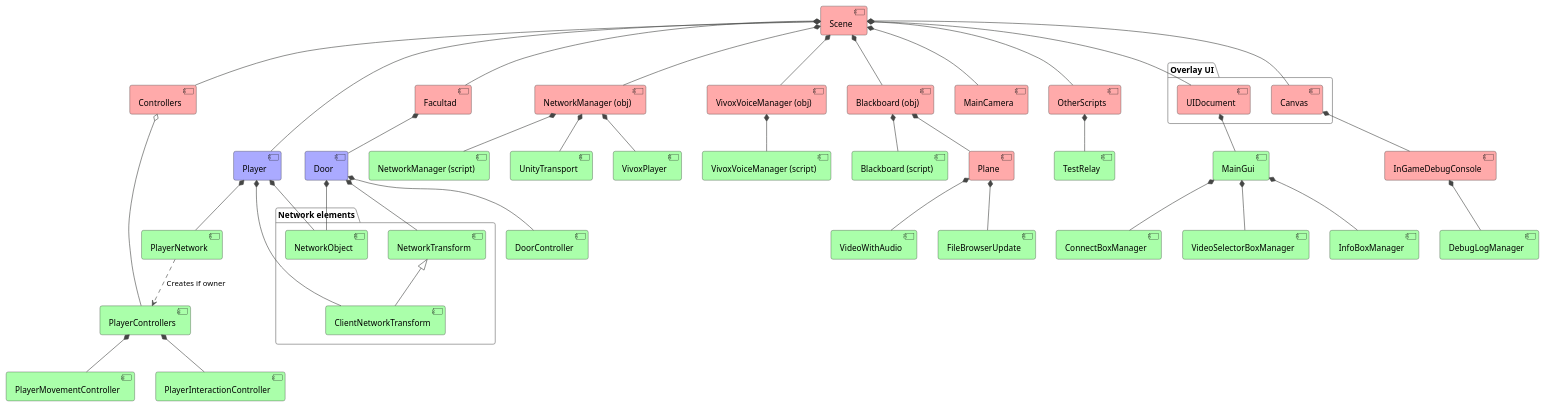
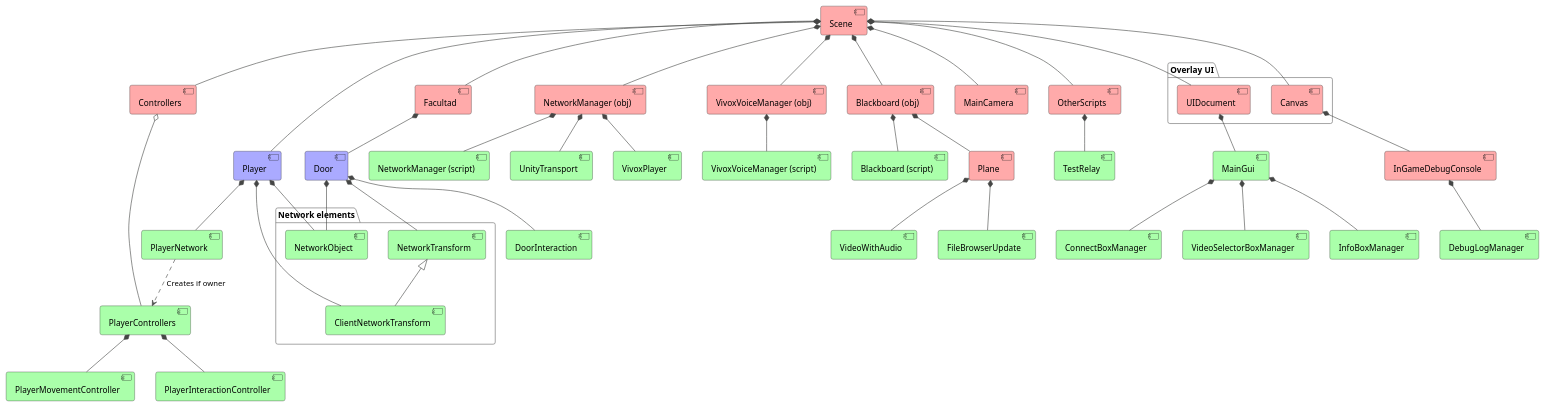
The diagram in TFG-new-project/Documentation/PlantUmlDiagrams/componentDiagram.puml (AlexDeAguiar/TFG-new-repo), drawn with PlantUML before and after one commit. The commit also changed 6 other files, not shown here.

Commit message:
Update diagrams

```diff
--- a/TFG-new-project/Documentation/PlantUmlDiagrams/componentDiagram.puml
+++ b/TFG-new-project/Documentation/PlantUmlDiagrams/componentDiagram.puml
@@ -1,114 +1,114 @@
 @startuml
 !theme vibrant
 
 component Scene #FFAAAA
 component Player #AAAAFF
 component NetworkManagerObject as "NetworkManager (obj)" #FFAAAA
 component VivoxVoiceManagerObject as "VivoxVoiceManager (obj)" #FFAAAA
 
 package "Overlay UI" {
   component UIDocument #FFAAAA
   component Canvas #FFAAAA
 }
 component Controllers #FFAAAA
 
 component BlackboardObject as "Blackboard (obj)" #FFAAAA
 component BlackboardScript as "Blackboard (script)" #AAFFAA
 component Plane #FFAAAA
 component VideoWithAudio #AAFFAA
 component FileBrowserUpdate #AAFFAA
 
 
 
 component Facultad #FFAAAA
 component MainCamera #FFAAAA
 component OtherScripts #FFAAAA
 
 package "Network elements" {
   component NetworkObject #AAFFAA
   component NetworkTransform #AAFFAA
   component ClientNetworkTransform #AAFFAA
 }
 
 component PlayerNetwork #AAFFAA
 
 component PlayerControllers #AAFFAA
 component PlayerMovementController #AAFFAA
 component PlayerInteractionController #AAFFAA
-component DoorController #AAFFAA
+component DoorInteraction #AAFFAA
 
 component TestRelay #AAFFAA
 component Door #AAAAFF
 
 component MainGui #AAFFAA
 component VideoSelectorBoxManager #AAFFAA
 component InfoBoxManager #AAFFAA
 component ConnectBoxManager #AAFFAA
 
 component InGameDebugConsole #FFAAAA
 component DebugLogManager #AAFFAA
 
 component NetworkManagerScript as "NetworkManager (script)" #AAFFAA
 component UnityTransport #AAFFAA
 component VivoxPlayer #AAFFAA
 
 component VivoxVoiceManagerScript as "VivoxVoiceManager (script)" #AAFFAA
 
 
 'First line ordering
 'NetworkManagerObject -[hidden]r-> NetworkManagerObject
 'NetworkManager -[hidden]r-> VivoxVoiceManager
 'VivoxVoiceManager -[hidden]r-> Canvas
 'Canvas -[hidden]r-> UIDocument
 'UIDocument -[hidden]r-> Player
 
 
 
 NetworkTransform <|-- ClientNetworkTransform
 
 Scene *-- Player
 Scene *-- NetworkManagerObject
 Scene *-- VivoxVoiceManagerObject
 Scene *-- UIDocument
 Scene *-- Canvas
 Scene *-- Facultad
 Scene *-- MainCamera
 Scene *-- OtherScripts
 Scene *-- Controllers
 
 Scene *-- BlackboardObject
 BlackboardObject *-- BlackboardScript
 BlackboardObject *-- Plane
 Plane *-- VideoWithAudio
 Plane *-- FileBrowserUpdate
 
 Player *-- NetworkObject
 Player *-- ClientNetworkTransform
 Player *-- PlayerNetwork
 PlayerNetwork ..> PlayerControllers : Creates if owner
 
 OtherScripts *-- TestRelay
 
 Facultad *-- Door
-Door *-- DoorController
+Door *-- DoorInteraction
 Door *-- NetworkObject
 Door *-- NetworkTransform
 
 UIDocument *-- MainGui
 MainGui *-- VideoSelectorBoxManager
 MainGui *-- InfoBoxManager
 MainGui *-- ConnectBoxManager
 
 Canvas *-- InGameDebugConsole
 InGameDebugConsole *-- DebugLogManager
 
 NetworkManagerObject *-- NetworkManagerScript
 NetworkManagerObject *-- VivoxPlayer
 NetworkManagerObject *-- UnityTransport
 VivoxVoiceManagerObject *-- VivoxVoiceManagerScript
 
 Controllers o-- PlayerControllers
 PlayerControllers *-- PlayerMovementController
 PlayerControllers *-- PlayerInteractionController
 
 @enduml
```
